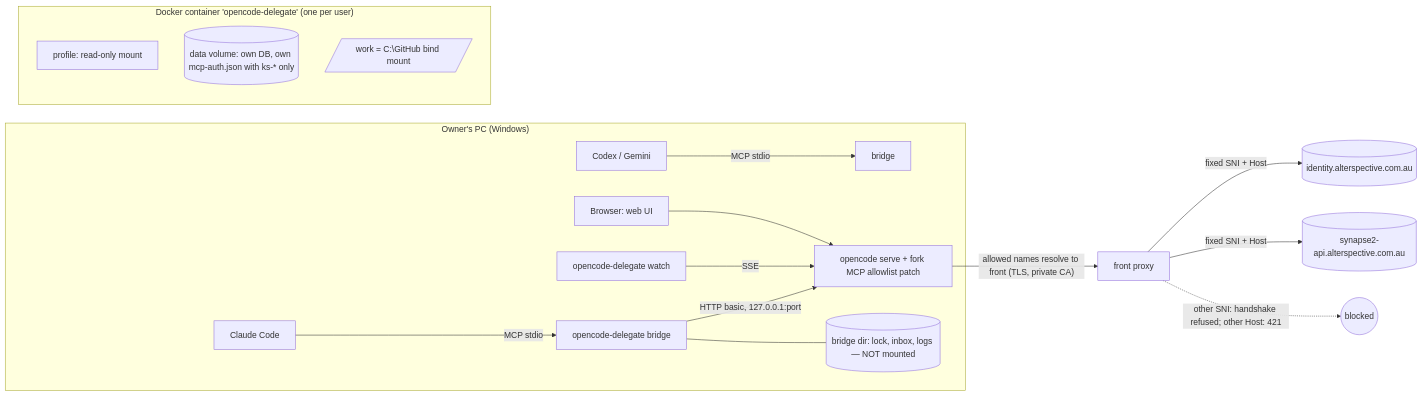
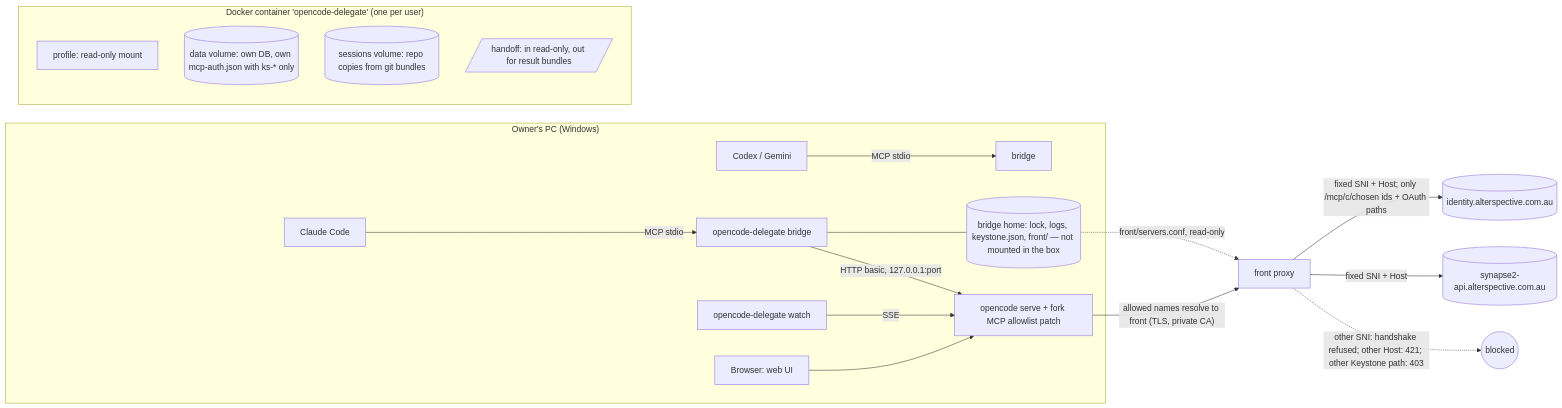
The diagram in docs/implementation/current/FEAT-OCD-001-opencode-delegate-mcp/technical-design.md (Alter-Igor/opencode), drawn with Mermaid before and after one commit. The commit also changed other lines of this file and 59 other files, not shown here.

First line of the commit message:
feat(delegate-mcp): the box reaches only chosen Keystone services (R4-01)

````diff
--- a/docs/implementation/current/FEAT-OCD-001-opencode-delegate-mcp/technical-design.md
+++ b/docs/implementation/current/FEAT-OCD-001-opencode-delegate-mcp/technical-design.md
@@ -18,21 +18,23 @@
 ```mermaid
 flowchart LR
   subgraph Host["Owner's PC (Windows)"]
     C1[Claude Code] -- MCP stdio --> B
     C2[Codex / Gemini] -- MCP stdio --> B2[bridge]
     B[opencode-delegate bridge] -- HTTP basic, 127.0.0.1:port --> API
     W[opencode-delegate watch] -- SSE --> API
     WEB[Browser: web UI] --> API
-    B --- ST[(bridge dir: lock, inbox, logs — NOT mounted)]
+    B --- ST[(bridge home: lock, logs, keystone.json, front/ — not mounted in the box)]
   end
   subgraph Box["Docker container 'opencode-delegate' (one per user)"]
     API[opencode serve + fork MCP allowlist patch]
     P[profile: read-only mount]
     D[(data volume: own DB, own mcp-auth.json with ks-* only)]
-    R[/work = C:\GitHub bind mount/]
+    S[(sessions volume: repo copies from git bundles)]
+    HO[/handoff: in read-only, out for result bundles/]
   end
+  ST -. "front/servers.conf, read-only" .-> PX
   API -- "allowed names resolve to front (TLS, private CA)" --> PX[front proxy]
-  PX -- "fixed SNI + Host" --> K[(identity.alterspective.com.au)]
+  PX -- "fixed SNI + Host; only /mcp/c/chosen ids + OAuth paths" --> K[(identity.alterspective.com.au)]
   PX -- "fixed SNI + Host" --> M[(synapse2-api.alterspective.com.au)]
-  PX -. "other SNI: handshake refused; other Host: 421" .-> X((blocked))
+  PX -. "other SNI: handshake refused; other Host: 421; other Keystone path: 403" .-> X((blocked))
 ```
````
